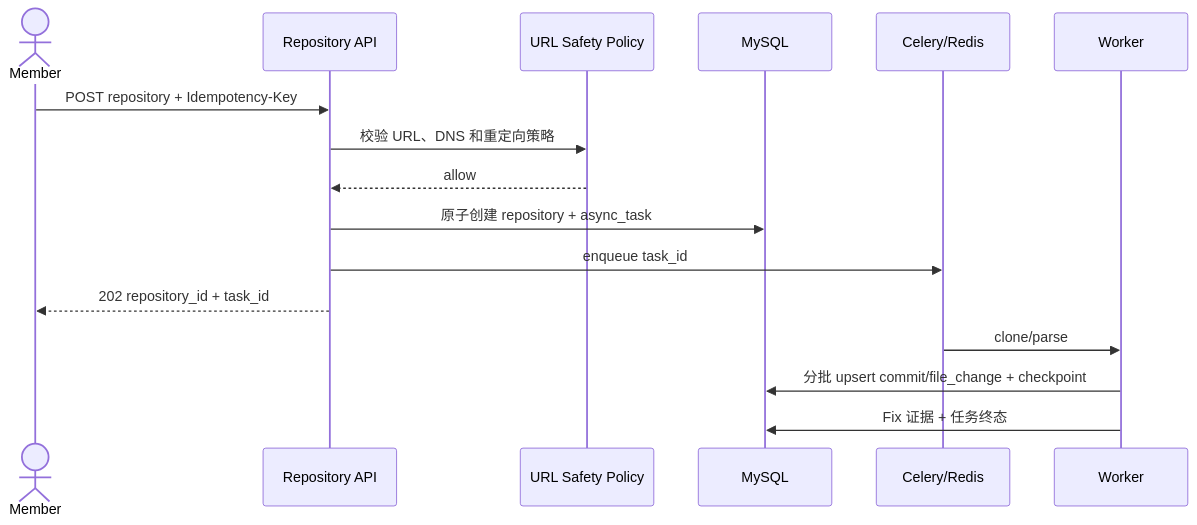
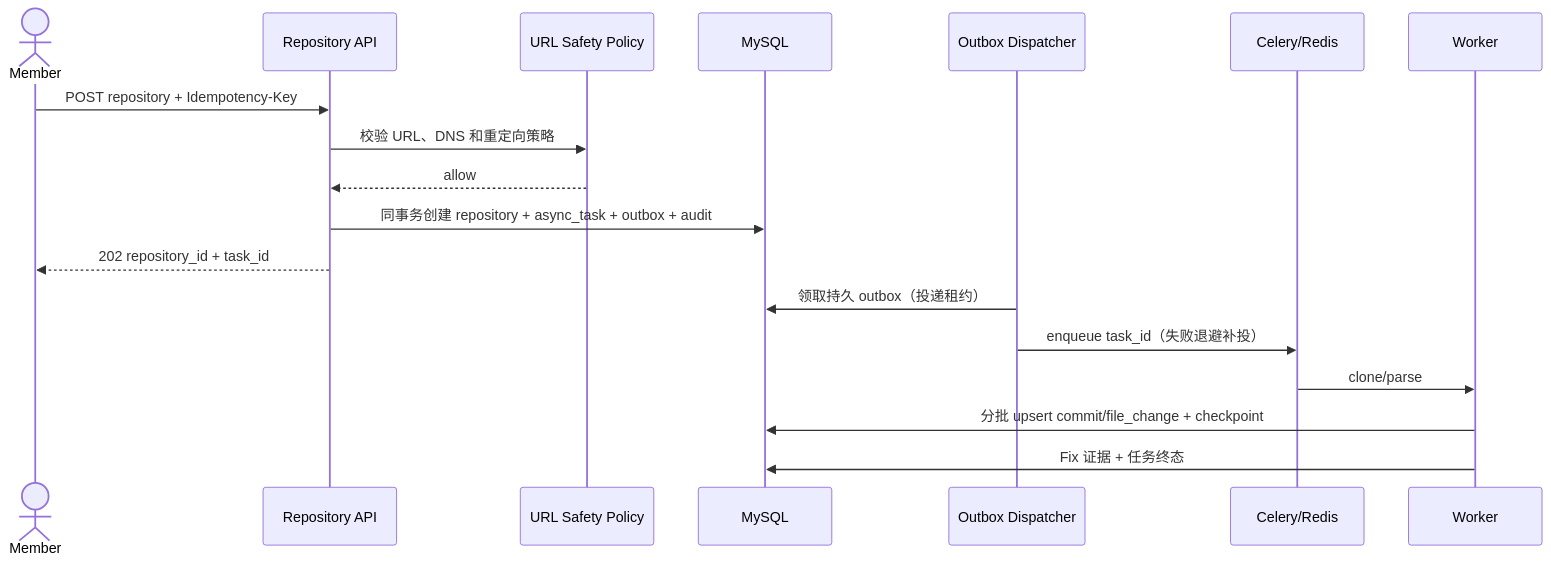
One commit to sherlockz122/softwaretest changed the diagram in openspec/changes/add-data-collection/design.md. Above: the diagram before and after it, drawn with Mermaid. The commit also changed other lines of this file and 18 other files, not shown here.

````diff
--- a/openspec/changes/add-data-collection/design.md
+++ b/openspec/changes/add-data-collection/design.md
@@ -23,19 +23,21 @@
 ```mermaid
 sequenceDiagram
     actor U as Member
     participant A as Repository API
     participant S as URL Safety Policy
     participant D as MySQL
+    participant O as Outbox Dispatcher
     participant Q as Celery/Redis
     participant W as Worker
 
     U->>A: POST repository + Idempotency-Key
     A->>S: 校验 URL、DNS 和重定向策略
     S-->>A: allow
-    A->>D: 原子创建 repository + async_task
-    A->>Q: enqueue task_id
+    A->>D: 同事务创建 repository + async_task + outbox + audit
     A-->>U: 202 repository_id + task_id
+    O->>D: 领取持久 outbox（投递租约）
+    O->>Q: enqueue task_id（失败退避补投）
     Q->>W: clone/parse
     W->>D: 分批 upsert commit/file_change + checkpoint
     W->>D: Fix 证据 + 任务终态
 ```
````
